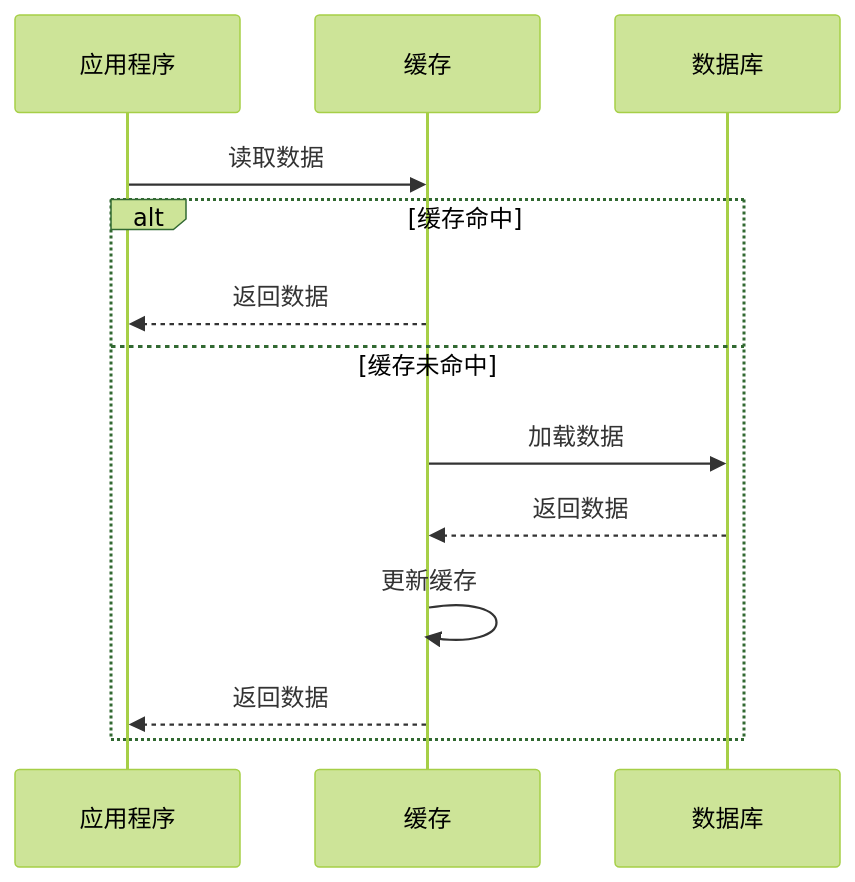
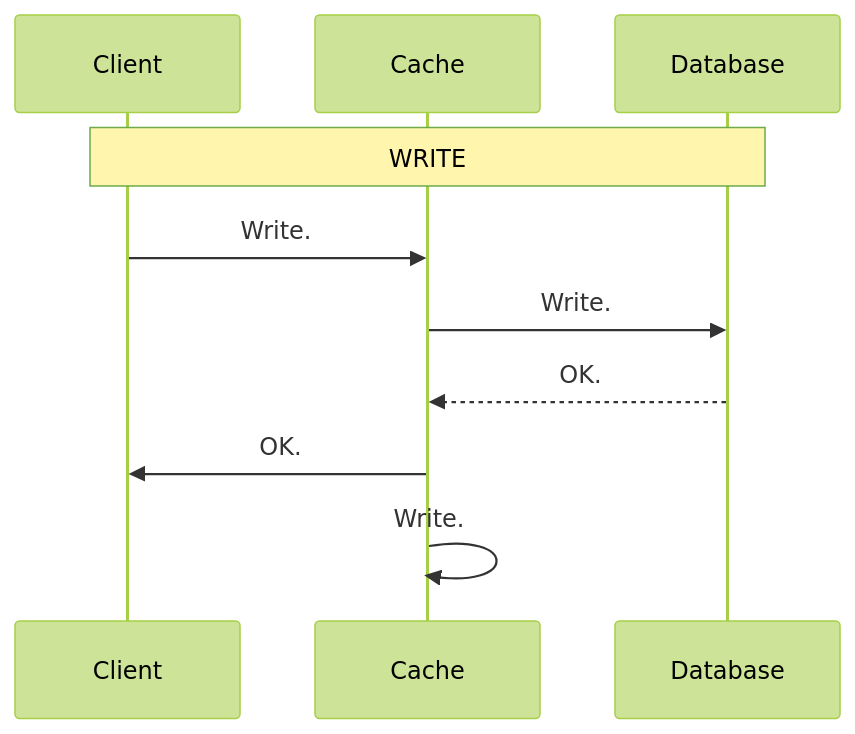
Before and after one commit to hnzhrh/obsidian-note: the eighth of 9 diagrams in permanent-notes/redis/数据库和缓存如何保持数据一致性？.md, drawn with Mermaid (forest theme). The commit also changed other lines of this file and 39 other files, not shown here.

````diff
--- a/permanent-notes/redis/数据库和缓存如何保持数据一致性？.md
+++ b/permanent-notes/redis/数据库和缓存如何保持数据一致性？.md
@@ -58,16 +192,13 @@
 ```mermaid
 sequenceDiagram
-    participant App as 应用程序
-    participant Cache as 缓存
-    participant DB as 数据库
+    participant Client
+    participant Cache
+    participant Database
 
-    App->>Cache: 读取数据
-    alt 缓存命中
-        Cache-->>App: 返回数据
-    else 缓存未命中
-        Cache->>DB: 加载数据
-        DB-->>Cache: 返回数据
-        Cache->>Cache: 更新缓存
-        Cache-->>App: 返回数据
-    end
+	Note over Client,Database: WRITE
+	Client ->> Cache: Write.
+	Cache ->> Database: Write.
+	Database -->> Cache: OK.
+	Cache ->> Client: OK.
+	Cache ->> Cache: Write.
 ```
````
